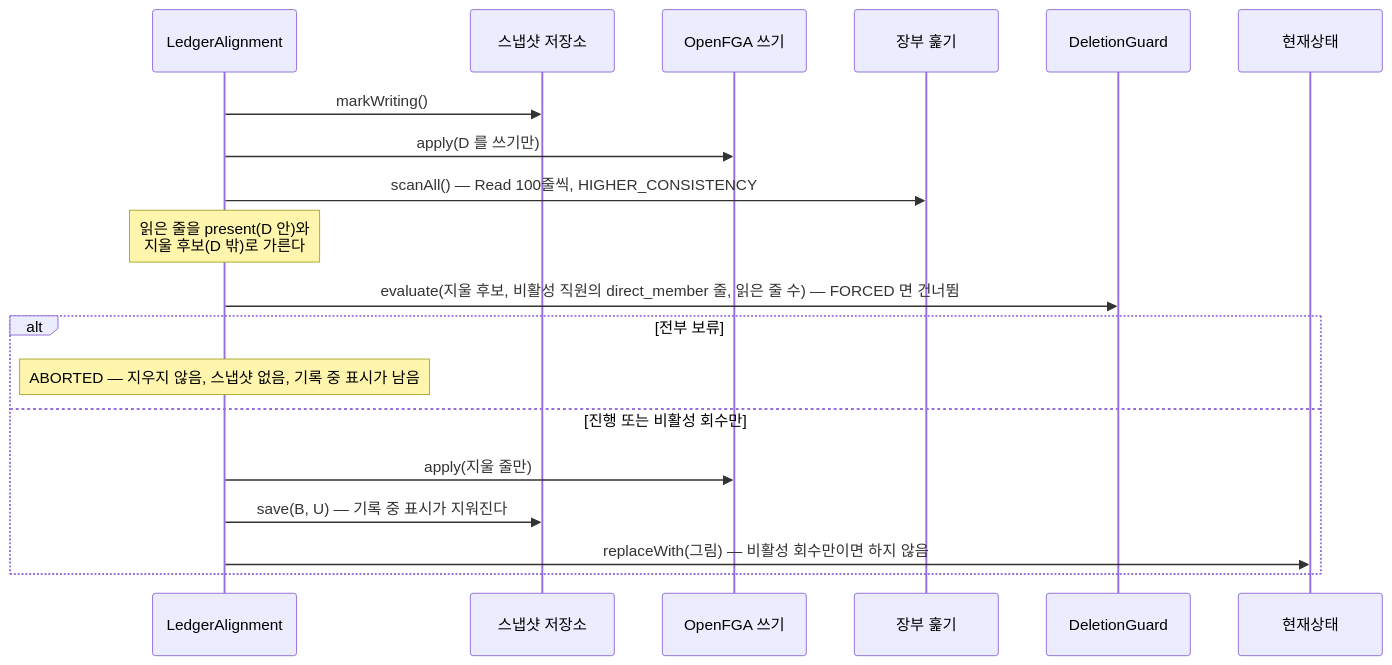
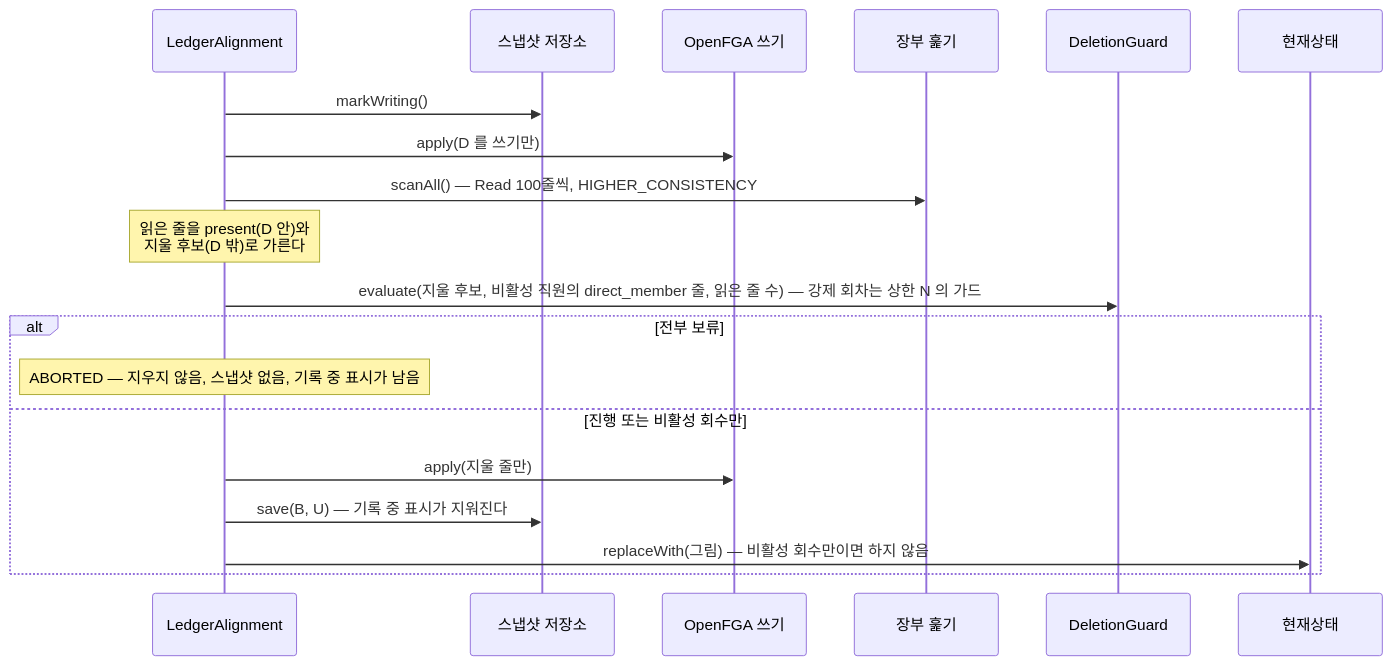
The fourth of 5 diagrams in docs/onboarding/05-LDAP-동기화.md (starryeye/organization), drawn with Mermaid before and after one commit. The commit also changed other lines of this file and 12 other files, not shown here.

````diff
--- a/docs/onboarding/05-LDAP-동기화.md
+++ b/docs/onboarding/05-LDAP-동기화.md
@@ -699,22 +727,22 @@
 ```mermaid
 sequenceDiagram
     participant A as LedgerAlignment
     participant S as 스냅샷 저장소
     participant W as OpenFGA 쓰기
     participant R as 장부 훑기
     participant G as DeletionGuard
     participant D as 현재상태
 
     A->>S: markWriting()
     A->>W: apply(D 를 쓰기만)
     A->>R: scanAll() — Read 100줄씩, HIGHER_CONSISTENCY
     Note over A: 읽은 줄을 present(D 안)와<br/>지울 후보(D 밖)로 가른다
-    A->>G: evaluate(지울 후보, 비활성 직원의 direct_member 줄, 읽은 줄 수) — FORCED 면 건너뜀
+    A->>G: evaluate(지울 후보, 비활성 직원의 direct_member 줄, 읽은 줄 수) — 강제 회차는 상한 N 의 가드
     alt 전부 보류
         Note over A: ABORTED — 지우지 않음, 스냅샷 없음, 기록 중 표시가 남음
     else 진행 또는 비활성 회수만
         A->>W: apply(지울 줄만)
         A->>S: save(B, U) — 기록 중 표시가 지워진다
         A->>D: replaceWith(그림) — 비활성 회수만이면 하지 않음
     end
 ```
````
